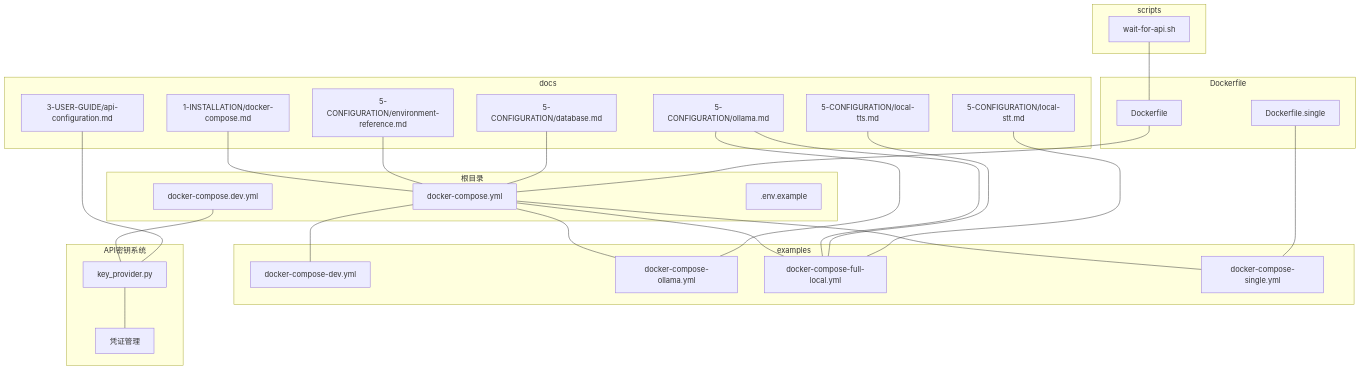
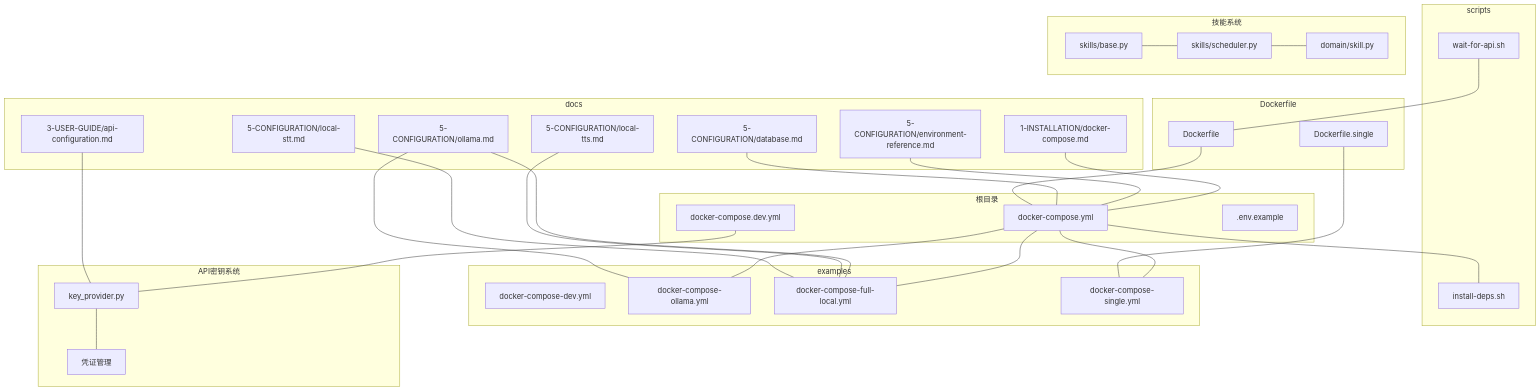
Before and after one commit to jackeyunjie/open-notebook: the first of 6 diagrams in .qoder/repowiki/zh/content/安装与部署/Docker Compose 部署.md, drawn with Mermaid. The commit also changed other lines of this file and 11 other files, not shown here.

````diff
--- a/.qoder/repowiki/zh/content/安装与部署/Docker Compose 部署.md
+++ b/.qoder/repowiki/zh/content/安装与部署/Docker Compose 部署.md
@@ -62,51 +71,59 @@
 ```mermaid
 graph TB
 subgraph "根目录"
 R1["docker-compose.yml"]
 R2["docker-compose.dev.yml"]
 R3[".env.example"]
+end
+subgraph "scripts"
+S1["wait-for-api.sh"]
+S2["install-deps.sh"]
 end
 subgraph "examples"
 E1["docker-compose-dev.yml"]
 E2["docker-compose-ollama.yml"]
 E3["docker-compose-full-local.yml"]
 E4["docker-compose-single.yml"]
 end
 subgraph "docs"
 D1["1-INSTALLATION/docker-compose.md"]
 D2["3-USER-GUIDE/api-configuration.md"]
 D3["5-CONFIGURATION/environment-reference.md"]
 D4["5-CONFIGURATION/database.md"]
 D5["5-CONFIGURATION/ollama.md"]
 D6["5-CONFIGURATION/local-tts.md"]
 D7["5-CONFIGURATION/local-stt.md"]
 end
-subgraph "scripts"
-S1["wait-for-api.sh"]
-end
 subgraph "Dockerfile"
 F1["Dockerfile"]
 F2["Dockerfile.single"]
 end
 subgraph "API密钥系统"
 K1["key_provider.py"]
 K2["凭证管理"]
 end
-R1 --- E1
+subgraph "技能系统"
+SK1["skills/base.py"]
+SK2["skills/scheduler.py"]
+SK3["domain/skill.py"]
+end
+R1 --- S2
 R2 --- K1
 R1 --- E2
 R1 --- E3
 R1 --- E4
 D1 --- R1
 D2 --- K1
 D3 --- R1
 D4 --- R1
 D5 --- E2
 D5 --- E3
 D6 --- E3
 D7 --- E3
 S1 --- F1
 F1 --- R1
 F2 --- E4
 K1 --- K2
+SK1 --- SK2
+SK2 --- SK3
 ```
````
